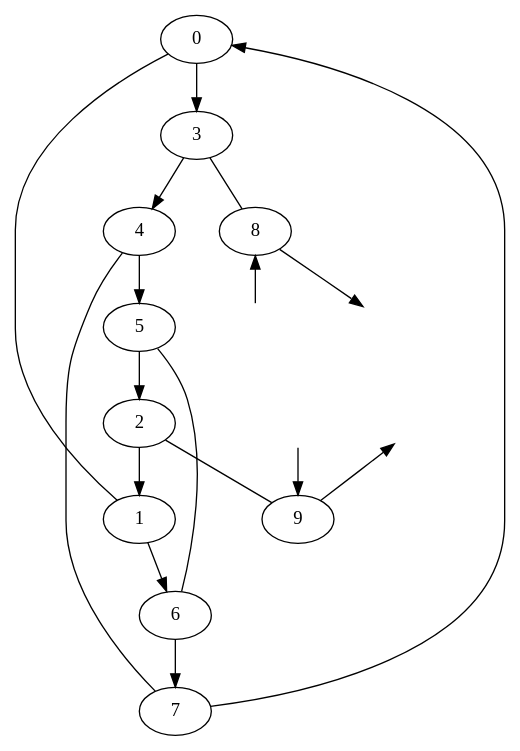
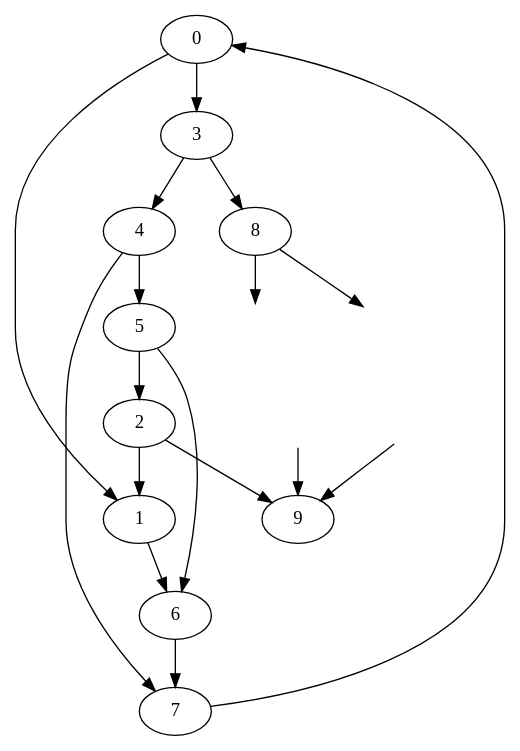
The diagram in examples/cli/epem_a_ttxh/NNLO/graphs/GL297.dot (alphal00p/gammaloop), drawn with Graphviz before and after one commit. The commit also changed 21 other files, not shown here.

Commit message:
Validate IR-safe threshold cure workflows

```diff
--- a/examples/cli/epem_a_ttxh/NNLO/graphs/GL297.dot
+++ b/examples/cli/epem_a_ttxh/NNLO/graphs/GL297.dot
@@ -1,41 +1,78 @@
 digraph GL297{
     num = "1𝑖";
     overall_factor = "NumeratorDependentGrouping(297,1,(AutG(1))^(-1)*AntiFermionSpinSumSign(-1)*ExternalFermionOrderingSign(-1)*InternalFermionLoopSign(-1))+NumeratorDependentGrouping(300,1,(AutG(1))^(-1)*AntiFermionSpinSumSign(-1)*ExternalFermionOrderingSign(-1)*InternalFermionLoopSign(-1))";
     overall_factor_evaluated = "-2";
     projector = "u(1,spenso::bis(4,hedge(1)))*ubar(1,spenso::bis(4,hedge(29)))*v(0,spenso::bis(4,hedge(28)))*vbar(0,spenso::bis(4,hedge(0)))";
-    // Only the four associations whose legacy CTs are genuinely two-loop are overridden.
-    // Every other threshold remains an implicit legacy/default association.
-    threshold_counterterms = "schema_version = 1\n\n[[cuts]]\nedges = [2, 4, 9]\n\n[[cuts.thresholds]]\nedges = [5, 7]\n\n[[cuts.thresholds.counterterms]]\nname = \"forced_1l\"\nsubspace = [5]\n\n[[cuts.thresholds]]\nedges = [5, 11, 13]\n\n[[cuts.thresholds.counterterms]]\nname = \"forced_1l\"\nsubspace = [5]\n\n[[cuts]]\nedges = [2, 6, 7]\n\n[[cuts.thresholds]]\nedges = [3, 9]\n\n[[cuts.thresholds.counterterms]]\nname = \"forced_1l\"\nsubspace = [3]\n\n[[cuts.thresholds]]\nedges = [3, 11, 12]\n\n[[cuts.thresholds.counterterms]]\nname = \"forced_1l\"\nsubspace = [3]\n";
+    // These forced one-loop subspaces cure the selected-orientation correlated e12 and e13
+    // soft/threshold limits. Only the four genuinely two-loop legacy CTs are overridden;
+    // every other threshold remains an implicit legacy/default association.
+    threshold_counterterms = "
+schema_version = 1
+
+[[cuts]]
+edges = [2, 4, 9]
+
+  [[cuts.thresholds]]
+  edges = [5, 7]
+
+    [[cuts.thresholds.counterterms]]
+    name = \"forced_1l\"
+    subspace = [5]
+
+  [[cuts.thresholds]]
+  edges = [5, 11, 13]
+
+    [[cuts.thresholds.counterterms]]
+    name = \"forced_1l\"
+    subspace = [5]
+
+[[cuts]]
+edges = [2, 6, 7]
+
+  [[cuts.thresholds]]
+  edges = [3, 9]
+
+    [[cuts.thresholds.counterterms]]
+    name = \"forced_1l\"
+    subspace = [3]
+
+  [[cuts.thresholds]]
+  edges = [3, 11, 12]
+
+    [[cuts.thresholds.counterterms]]
+    name = \"forced_1l\"
+    subspace = [3]
+";
 
 	0 [int_id="V_141"];
 	1 [int_id="V_141"];
 	2 [int_id="V_134"];
 	3 [int_id="V_134"];
 	4 [int_id="V_137"];
 	5 [int_id="V_137"];
 	6 [int_id="V_137"];
 	7 [int_id="V_137"];
 	8 [int_id="V_98"];
 	9 [int_id="V_98"];
 	exte0	 [style=invis];
-	exte0	-> 9:0	 [id=0 dir=back  is_cut="28" lmb_rep="P(0,a___)" particle="e+" pin="x:@+right,y:@edgee0"];
+	exte0	-> 9:0	 [id=0 is_cut="28" particle="e+"];
 	exte1	 [style=invis];
-	exte1	-> 9:1	 [id=1  is_cut="29" lmb_rep="P(1,a___)" particle="e-" pin="x:@+right,y:@edgee1"];
-	0:2	-> 1:3	 [id=2 dir=none  lmb_rep="-1*K(1,a___)+K(2,a___)" particle="H"];
-	0:4	-> 3:5	 [id=3  lmb_rep="-1*K(2,a___)+K(0,a___)+K(1,a___)" particle="t"];
-	7:6	-> 0:7	 [id=4  lmb_id="0" lmb_rep="K(0,a___)" particle="t"];
-	2:8	-> 1:9	 [id=5  lmb_id="1" lmb_rep="K(1,a___)" particle="t"];
-	1:10	-> 6:11	 [id=6  lmb_id="2" lmb_rep="K(2,a___)" particle="t"];
-	5:12	-> 2:13	 [id=7  lmb_rep="-1*P(0,a___)+-1*P(1,a___)+K(1,a___)" particle="t"];
-	2:14	-> 9:15	 [id=8 dir=none  lmb_rep="-1*P(0,a___)+-1*P(1,a___)" particle="a"];
-	3:16	-> 4:17	 [id=9  lmb_rep="-1*K(2,a___)+-1*P(0,a___)+-1*P(1,a___)+K(0,a___)+K(1,a___)" particle="t"];
-	3:18	-> 8:19	 [id=10 dir=none  lmb_rep="P(0,a___)+P(1,a___)" particle="a"];
-	4:20	-> 5:21	 [id=11  lmb_id="3" lmb_rep="K(3,a___)" particle="t"];
-	4:22	-> 7:23	 [id=12 dir=none  lmb_rep="-1*K(2,a___)+-1*K(3,a___)+-1*P(0,a___)+-1*P(1,a___)+K(0,a___)+K(1,a___)" particle="g"];
-	5:24	-> 6:25	 [id=13 dir=none  lmb_rep="-1*K(1,a___)+K(3,a___)+P(0,a___)+P(1,a___)" particle="g"];
-	6:26	-> 7:27	 [id=14  lmb_rep="-1*K(1,a___)+K(2,a___)+K(3,a___)+P(0,a___)+P(1,a___)" particle="t"];
+	exte1	-> 9:1	 [id=1 is_cut="29" particle="e-"];
+	0:2	-> 1:3	 [id=2 particle="H"];
+	0:4	-> 3:5	 [id=3 particle="t"];
+	7:6	-> 0:7	 [id=4 lmb_id="0" particle="t"];
+	2:8	-> 1:9	 [id=5 lmb_id="1" particle="t"];
+	1:10	-> 6:11	 [id=6 lmb_id="2" particle="t"];
+	5:12	-> 2:13	 [id=7 particle="t"];
+	2:14	-> 9:15	 [id=8 particle="a"];
+	3:16	-> 4:17	 [id=9 particle="t"];
+	3:18	-> 8:19	 [id=10 particle="a"];
+	4:20	-> 5:21	 [id=11 lmb_id="3" particle="t"];
+	4:22	-> 7:23	 [id=12 particle="g"];
+	5:24	-> 6:25	 [id=13 particle="g"];
+	6:26	-> 7:27	 [id=14 particle="t"];
 	exte15	 [style=invis];
-	8:28	-> exte15	 [id=15 dir=back  is_cut="28" particle="e+" pin="x:@-left,y:@edgee0"];
+	8:28	-> exte15	 [id=15 is_cut="28" particle="e+"];
 	exte16	 [style=invis];
-	8:29	-> exte16	 [id=16  is_cut="29" particle="e-" pin="x:@-left,y:@edgee1"];
+	8:29	-> exte16	 [id=16 is_cut="29" particle="e-"];
 }
```
